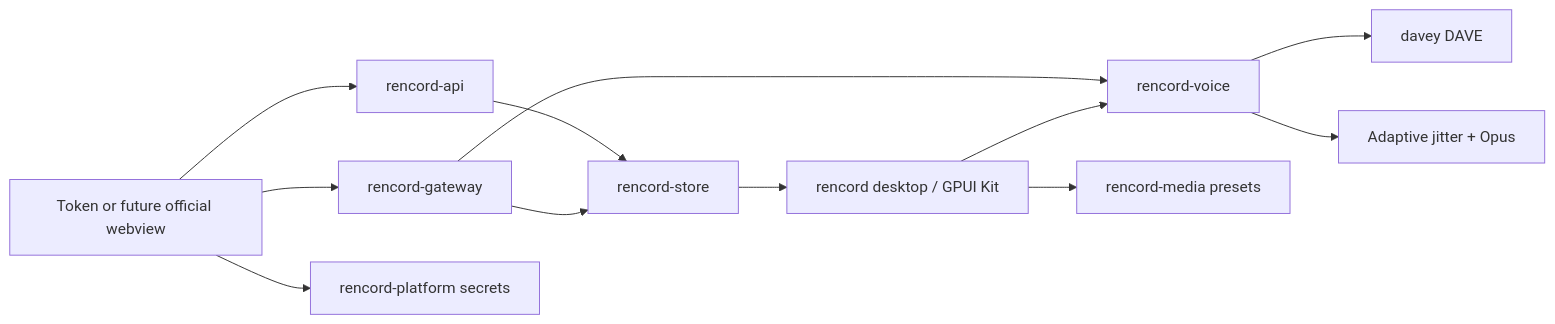
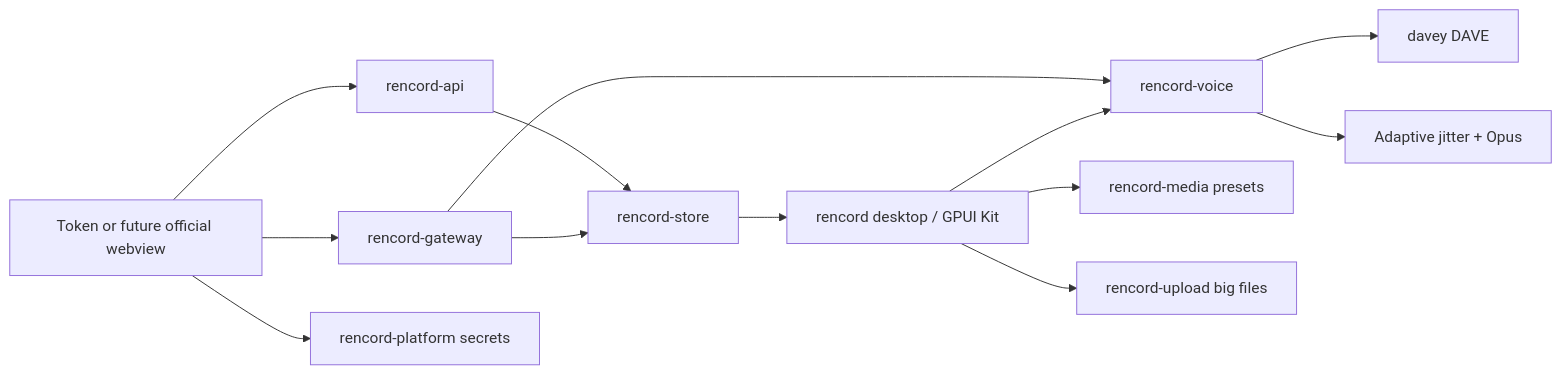
Before and after one commit to Rabellion/Rencord: the diagram in README.md, drawn with Mermaid. The commit also changed other lines of this file and 24 other files, not shown here.

````diff
--- a/README.md
+++ b/README.md
@@ -209,14 +213,15 @@
 ```mermaid
 flowchart LR
   login["Token or future official webview"] --> api["rencord-api"]
   login --> gw["rencord-gateway"]
   api --> store["rencord-store"]
   gw --> store
   store --> ui["rencord desktop / GPUI Kit"]
   gw --> voice["rencord-voice"]
   ui --> voice
   voice --> dave["davey DAVE"]
   voice --> jitter["Adaptive jitter + Opus"]
   ui --> media["rencord-media presets"]
+  ui --> upload["rencord-upload big files"]
   login --> platform["rencord-platform secrets"]
 ```
````
